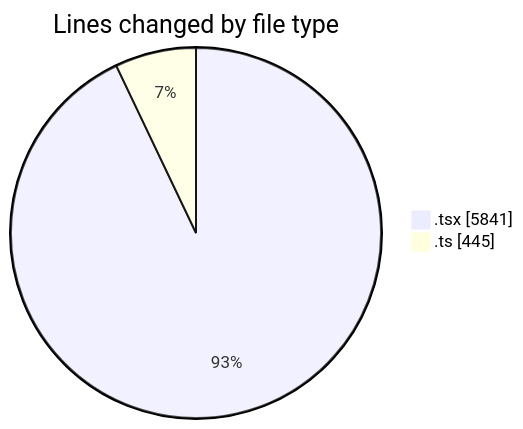
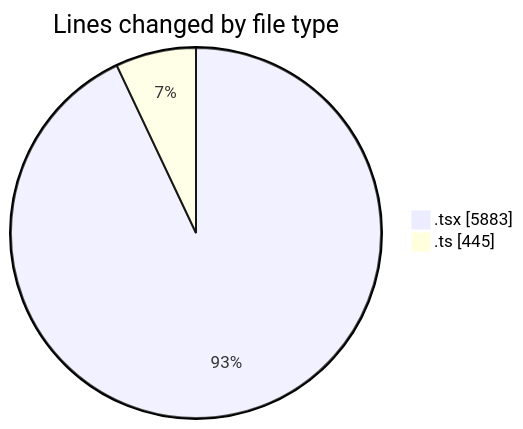
One commit to momahboobian/code-tracking changed the first of 2 diagrams in 2025-09-24/cda/README.md. Above: the diagram before and after it, drawn with Mermaid. The commit also changed other lines of this file and 1 other file, not shown here.

````diff
--- a/2025-09-24/cda/README.md
+++ b/2025-09-24/cda/README.md
@@ -34,6 +34,6 @@
 ```mermaid
 pie showData
 title Lines changed by file type
-".tsx" : 5841
+".tsx" : 5883
 ".ts" : 445
 ```
````
